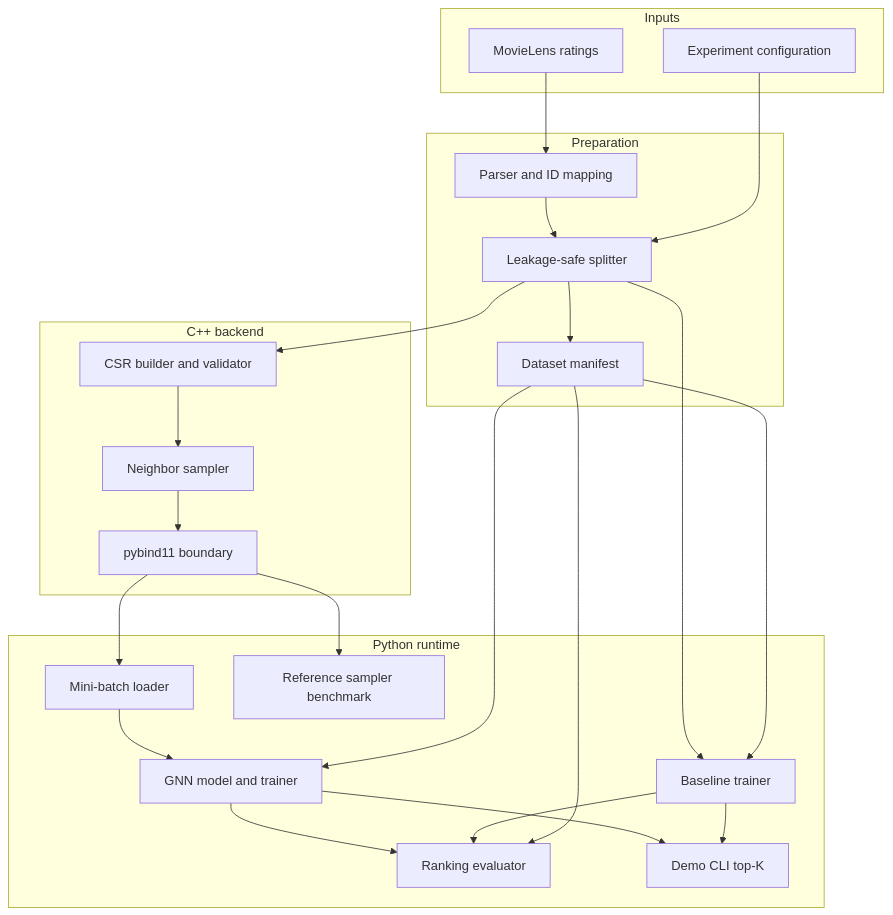
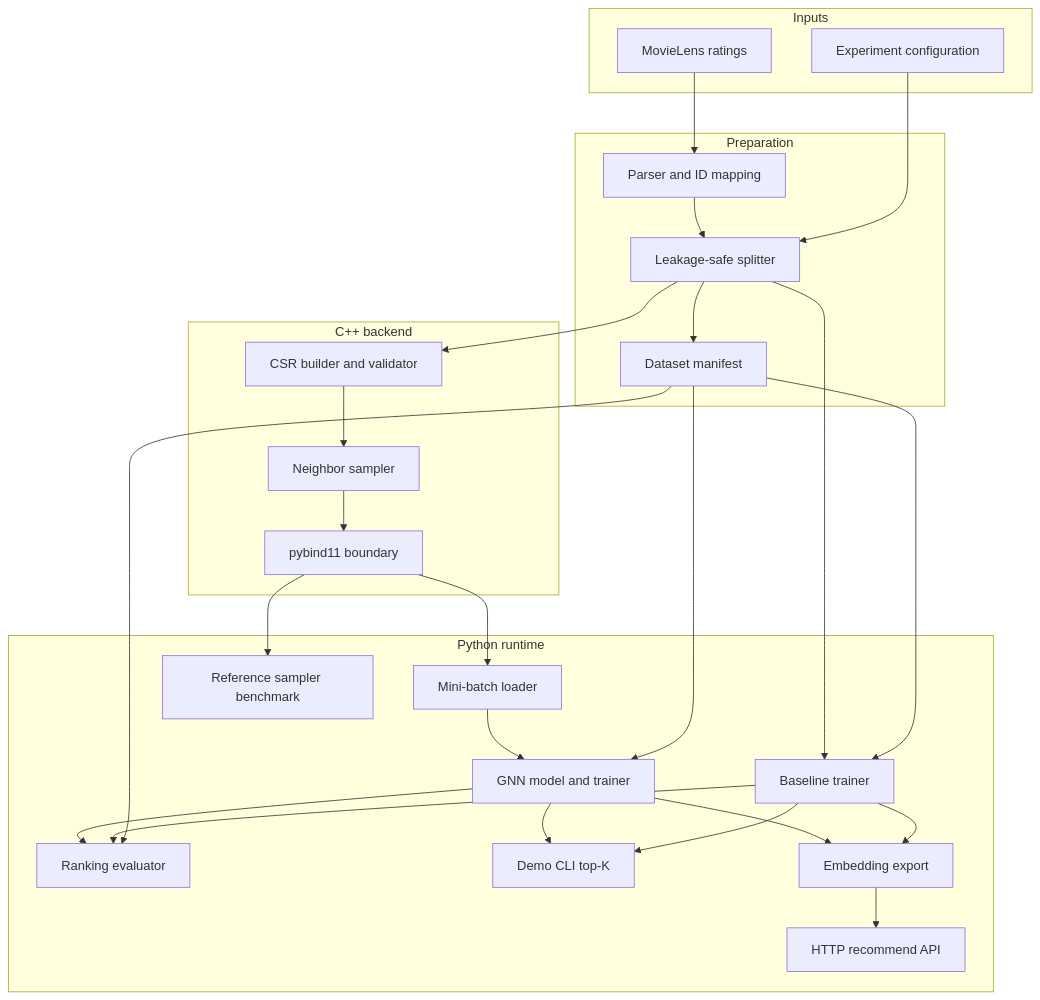
The diagram in docs/architecture.md (sathariels/SageRec), drawn with Mermaid before and after one commit. The commit also changed other lines of this file and 33 other files, not shown here.

````diff
--- a/docs/architecture.md
+++ b/docs/architecture.md
@@ -10,40 +10,45 @@
 ```mermaid
 flowchart TB
     subgraph Inputs
       R[MovieLens ratings]
       C[Experiment configuration]
     end
 
     subgraph Preparation
       P[Parser and ID mapping]
       S[Leakage-safe splitter]
       M[Dataset manifest]
     end
 
     subgraph NativeBackend[C++ backend]
       B[CSR builder and validator]
       N[Neighbor sampler]
       Y[pybind11 boundary]
     end
 
     subgraph PythonRuntime[Python runtime]
       L[Mini-batch loader]
       G[GNN model and trainer]
       F[Baseline trainer]
       E[Ranking evaluator]
       Q[Reference sampler benchmark]
       V[Demo CLI top-K]
+      X[Embedding export]
+      W[HTTP recommend API]
     end
 
     R --> P --> S
     C --> S
     S --> M
     S --> B --> N --> Y --> L --> G --> E
     S --> F --> E
     Y --> Q
     G --> V
     F --> V
+    G --> X
+    F --> X
+    X --> W
     M --> G
     M --> F
     M --> E
 ```
````
